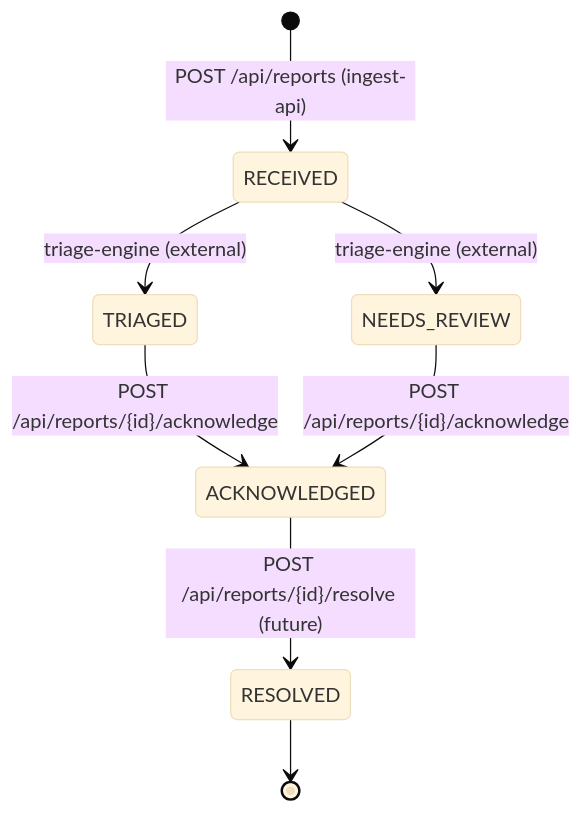
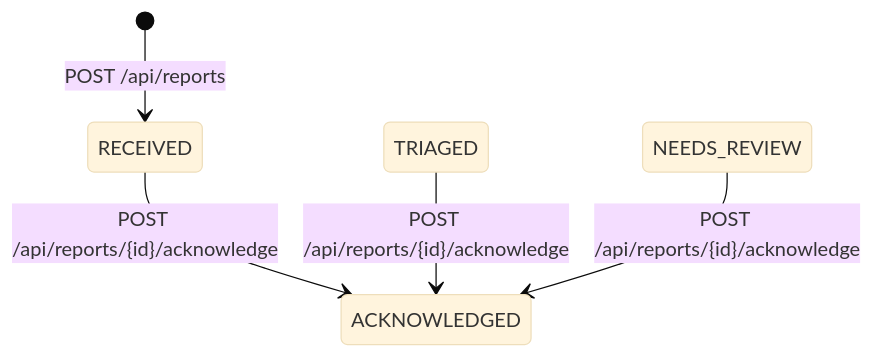
The third of 4 diagrams in docs/design/ingest.md (Katlego-tech/Grid-Lock), drawn with Mermaid (base theme) before and after one commit. The commit also changed other lines of this file and 4 other files, not shown here.

````diff
--- a/docs/design/ingest.md
+++ b/docs/design/ingest.md
@@ -183,12 +178,7 @@
 ```mermaid
 stateDiagram-v2
-    [*] --> RECEIVED : POST /api/reports (ingest-api)
-    RECEIVED --> TRIAGED : triage-engine (external)
-    RECEIVED --> NEEDS_REVIEW : triage-engine (external)
-    
+    [*] --> RECEIVED : POST /api/reports
+    RECEIVED --> ACKNOWLEDGED : POST /api/reports/{id}/acknowledge
     TRIAGED --> ACKNOWLEDGED : POST /api/reports/{id}/acknowledge
     NEEDS_REVIEW --> ACKNOWLEDGED : POST /api/reports/{id}/acknowledge
-    
-    ACKNOWLEDGED --> RESOLVED : POST /api/reports/{id}/resolve (future)
-    RESOLVED --> [*]
 ```
````
